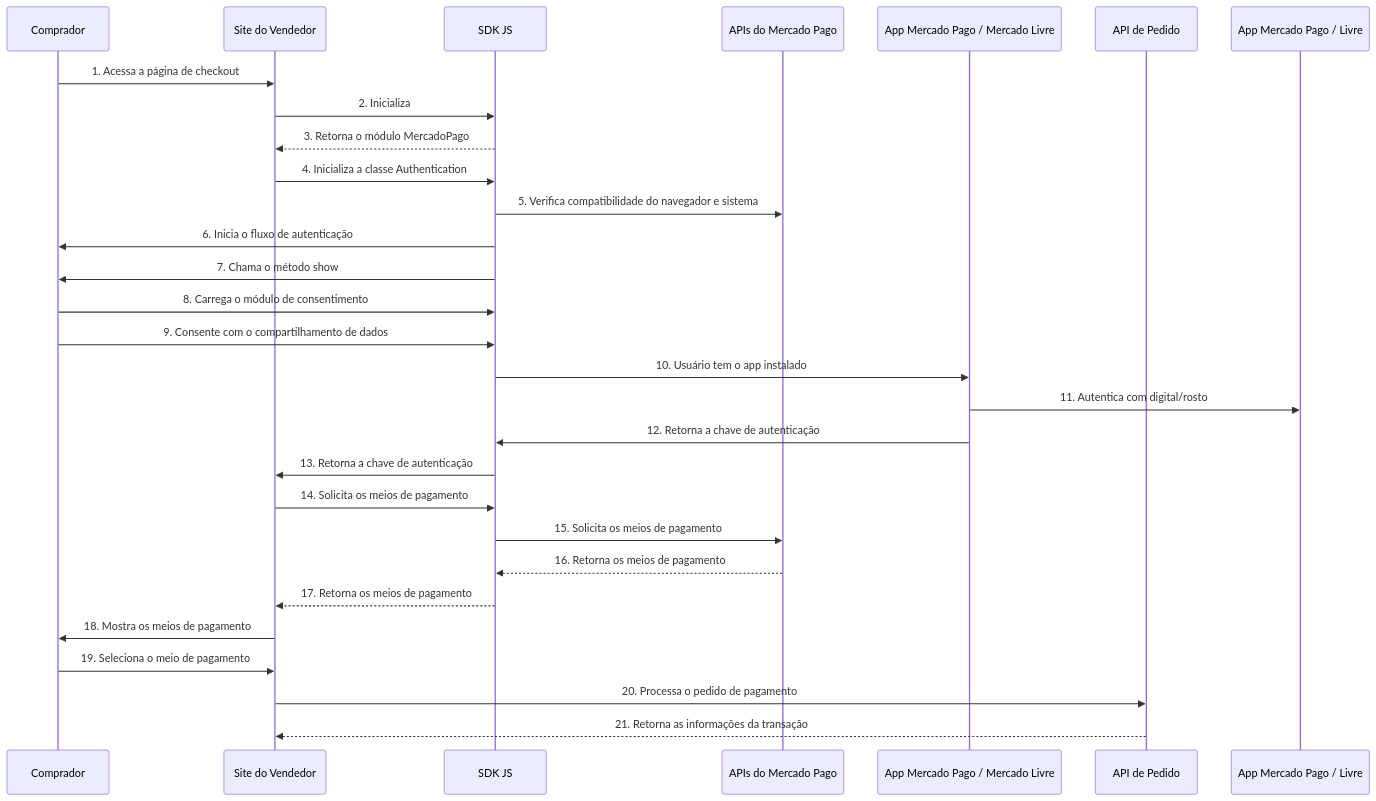
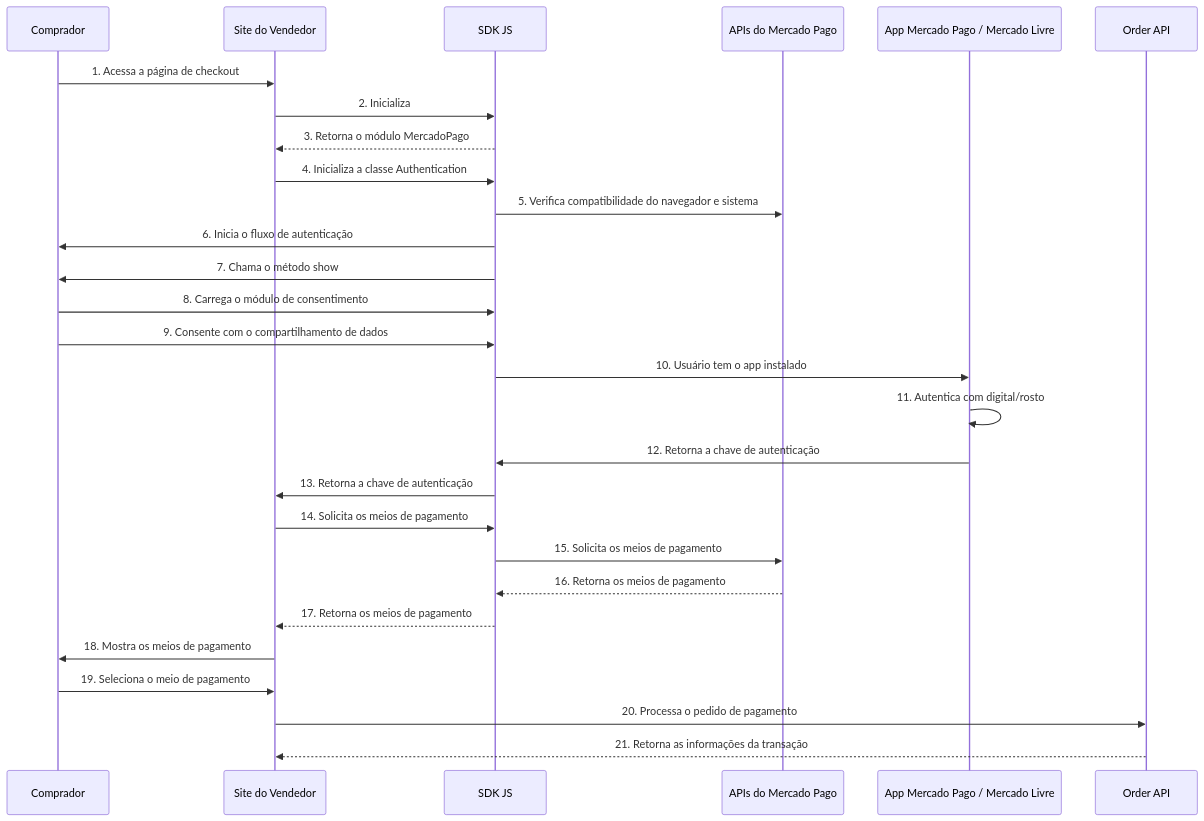
The diagram in guides/checkout-api-orders/payment-integration-supertoken.pt.md (22Neves/devsite-docs), drawn with Mermaid before and after one commit. The commit also changed other lines of this file and 2 other files, not shown here.

Commit message:
fixes links y diagramas ST

```diff
--- a/guides/checkout-api-orders/payment-integration-supertoken.pt.md
+++ b/guides/checkout-api-orders/payment-integration-supertoken.pt.md
@@ -80,35 +80,35 @@
 <pre class="mermaid">
     sequenceDiagram
         participant Comprador
         participant Site do Vendedor
         participant SDK JS
         participant APIs do Mercado Pago
         participant App Mercado Pago / Mercado Livre
-        participant API de Pedido
+        participant Order API
 
         Comprador->>Site do Vendedor: 1. Acessa a página de checkout
         Site do Vendedor->>SDK JS: 2. Inicializa
         SDK JS-->>Site do Vendedor: 3. Retorna o módulo MercadoPago
         Site do Vendedor->>SDK JS: 4. Inicializa a classe Authentication
         SDK JS->>APIs do Mercado Pago: 5. Verifica compatibilidade do navegador e sistema
         SDK JS->>Comprador: 6. Inicia o fluxo de autenticação
         SDK JS->>Comprador: 7. Chama o método show
 
         Comprador->>SDK JS: 8. Carrega o módulo de consentimento
         Comprador->>SDK JS: 9. Consente com o compartilhamento de dados
 
         SDK JS->>App Mercado Pago / Mercado Livre: 10. Usuário tem o app instalado
-        App Mercado Pago / Mercado Livre->>App Mercado Pago / Livre: 11. Autentica com digital/rosto
+        App Mercado Pago / Mercado Livre->>App Mercado Pago / Mercado Livre: 11. Autentica com digital/rosto
         App Mercado Pago / Mercado Livre->>SDK JS: 12. Retorna a chave de autenticação
         SDK JS->>Site do Vendedor: 13. Retorna a chave de autenticação
 
         Site do Vendedor->>SDK JS: 14. Solicita os meios de pagamento
         SDK JS->>APIs do Mercado Pago: 15. Solicita os meios de pagamento
         APIs do Mercado Pago-->>SDK JS: 16. Retorna os meios de pagamento
         SDK JS-->>Site do Vendedor: 17. Retorna os meios de pagamento
         Site do Vendedor->>Comprador: 18. Mostra os meios de pagamento
 
         Comprador->>Site do Vendedor: 19. Seleciona o meio de pagamento
-        Site do Vendedor->>API de Pedido: 20. Processa o pedido de pagamento
-        API de Pedido-->>Site do Vendedor: 21. Retorna as informações da transação
+        Site do Vendedor->>Order API: 20. Processa o pedido de pagamento
+        Order API-->>Site do Vendedor: 21. Retorna as informações da transação
 </pre>
```
